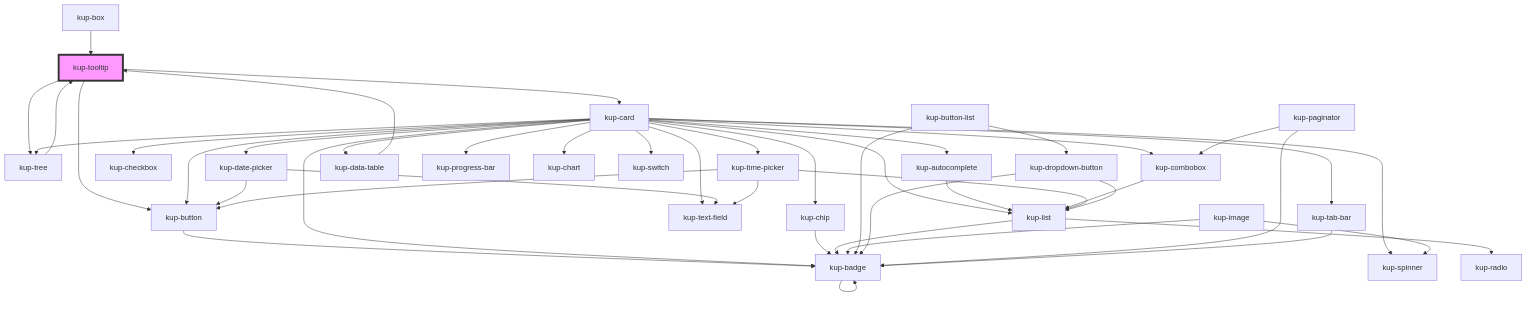
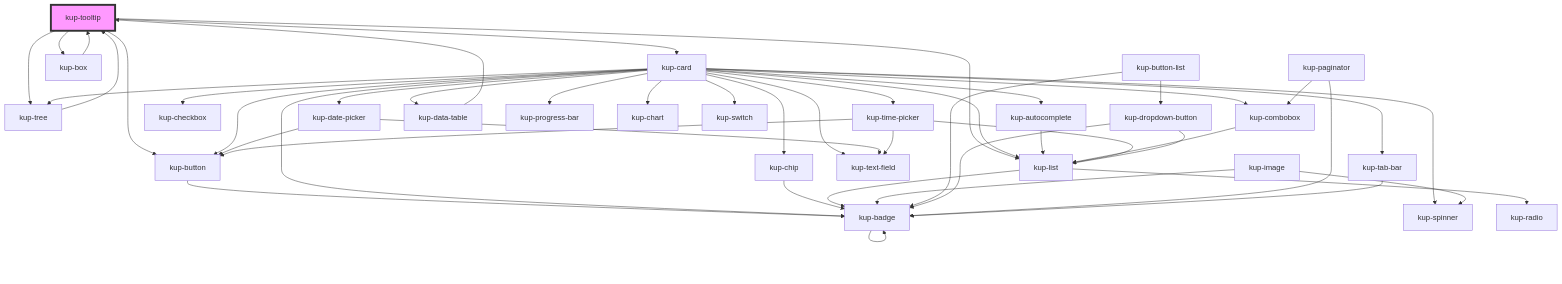
One commit to smeup/ketchup changed the diagram in packages/ketchup/src/components/kup-tooltip/readme.md. Above: the diagram before and after it, drawn with Mermaid. The commit also changed other lines of this file and 11 other files, not shown here.

Commit message:
kup-tooltip: layout 5: managed render just if are present data, for kup-box and/or kup-list

````diff
--- a/packages/ketchup/src/components/kup-tooltip/readme.md
+++ b/packages/ketchup/src/components/kup-tooltip/readme.md
@@ -106,48 +108,50 @@
 ```mermaid
 graph TD;
   kup-tooltip --> kup-button
   kup-tooltip --> kup-card
+  kup-tooltip --> kup-box
+  kup-tooltip --> kup-list
   kup-tooltip --> kup-tree
   kup-button --> kup-badge
   kup-badge --> kup-badge
   kup-card --> kup-chip
   kup-card --> kup-badge
   kup-card --> kup-autocomplete
   kup-card --> kup-button
   kup-card --> kup-checkbox
   kup-card --> kup-combobox
   kup-card --> kup-date-picker
   kup-card --> kup-text-field
   kup-card --> kup-time-picker
   kup-card --> kup-data-table
   kup-card --> kup-list
   kup-card --> kup-progress-bar
   kup-card --> kup-chart
   kup-card --> kup-spinner
   kup-card --> kup-tab-bar
   kup-card --> kup-tree
   kup-card --> kup-switch
   kup-chip --> kup-badge
   kup-autocomplete --> kup-list
   kup-list --> kup-radio
   kup-list --> kup-badge
   kup-combobox --> kup-list
   kup-date-picker --> kup-text-field
   kup-date-picker --> kup-button
   kup-time-picker --> kup-text-field
   kup-time-picker --> kup-button
   kup-time-picker --> kup-list
   kup-data-table --> kup-tooltip
   kup-image --> kup-spinner
   kup-image --> kup-badge
   kup-button-list --> kup-dropdown-button
   kup-button-list --> kup-badge
   kup-dropdown-button --> kup-list
   kup-dropdown-button --> kup-badge
   kup-paginator --> kup-combobox
   kup-paginator --> kup-badge
   kup-tab-bar --> kup-badge
   kup-tree --> kup-tooltip
   kup-box --> kup-tooltip
   style kup-tooltip fill:#f9f,stroke:#333,stroke-width:4px
 ```
````
